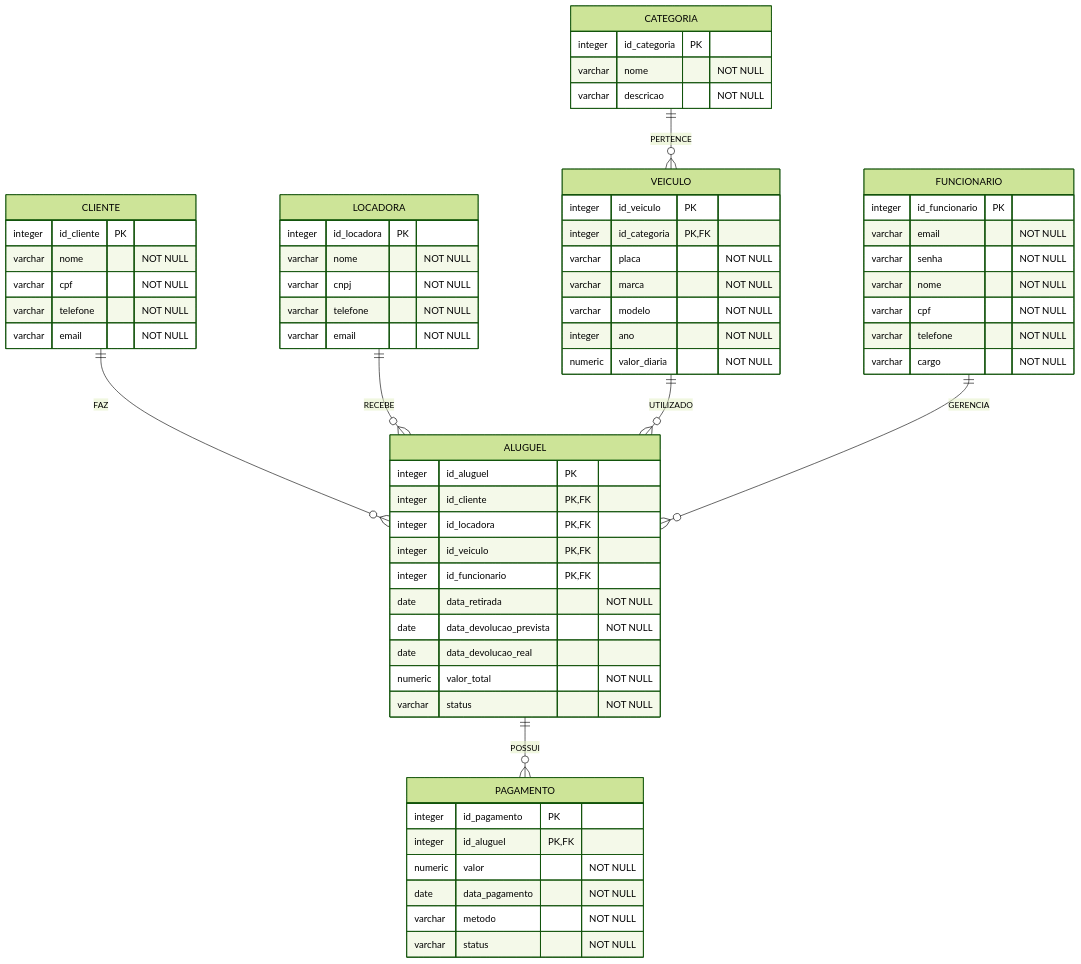
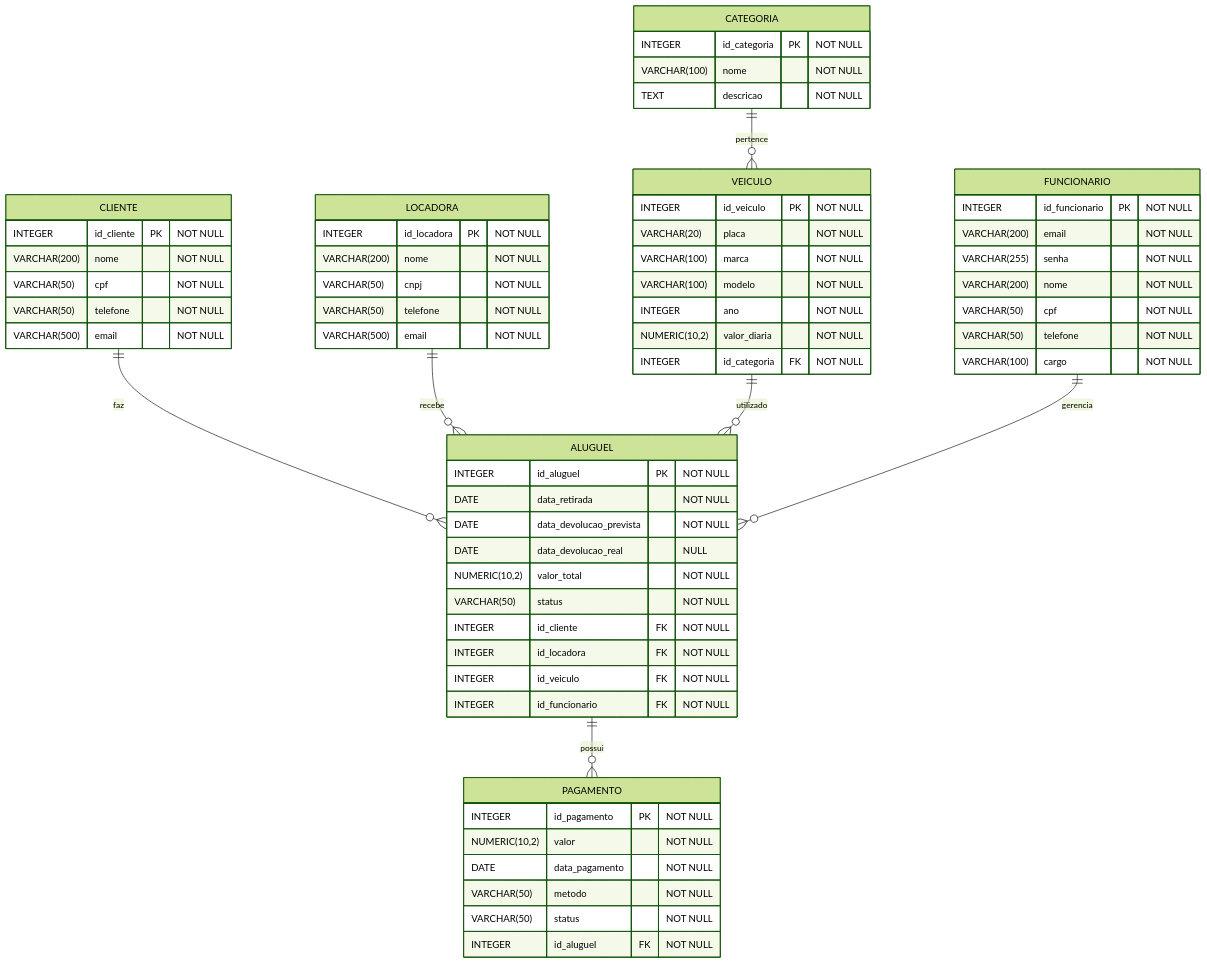
One commit to natyylimaf/sistema-locacao-veiculos changed the diagram in diagrams/diagrama-relacional-locacao.mmd. Above: the diagram before and after it, drawn with Mermaid (forest theme). The commit also changed 1 other file, not shown here.

```diff
--- a/diagrams/diagrama-relacional-locacao.mmd
+++ b/diagrams/diagrama-relacional-locacao.mmd
@@ -1,71 +1,71 @@
 erDiagram
-    CLIENTE ||--o{ ALUGUEL : FAZ
-    LOCADORA ||--o{ ALUGUEL : RECEBE
-    VEICULO ||--o{ ALUGUEL : UTILIZADO
-    CATEGORIA ||--o{ VEICULO : PERTENCE
-    FUNCIONARIO ||--o{ ALUGUEL : GERENCIA
-    ALUGUEL ||--o{ PAGAMENTO : POSSUI
+    CLIENTE ||--o{ ALUGUEL : faz
+    LOCADORA ||--o{ ALUGUEL : recebe
+    VEICULO ||--o{ ALUGUEL : utilizado
+    CATEGORIA ||--o{ VEICULO : pertence
+    FUNCIONARIO ||--o{ ALUGUEL : gerencia
+    ALUGUEL ||--o{ PAGAMENTO : possui
 
     CLIENTE {
-        integer id_cliente PK
-        varchar nome "NOT NULL"
-        varchar cpf "NOT NULL"
-        varchar telefone "NOT NULL"
-        varchar email "NOT NULL"
+        INTEGER id_cliente PK "NOT NULL"
+        VARCHAR(200) nome "NOT NULL"
+        VARCHAR(50) cpf "NOT NULL"
+        VARCHAR(50) telefone "NOT NULL"
+        VARCHAR(500) email "NOT NULL"
     }
 
     LOCADORA {
-        integer id_locadora PK
-        varchar nome "NOT NULL"
-        varchar cnpj "NOT NULL"
-        varchar telefone "NOT NULL"
-        varchar email "NOT NULL" 
+        INTEGER id_locadora PK "NOT NULL"
+        VARCHAR(200) nome "NOT NULL"
+        VARCHAR(50) cnpj "NOT NULL"
+        VARCHAR(50) telefone "NOT NULL"
+        VARCHAR(500) email "NOT NULL" 
     }
 
     ALUGUEL {
-        integer id_aluguel PK
-        integer id_cliente PK, FK
-        integer id_locadora PK,FK
-        integer id_veiculo PK, FK
-        integer id_funcionario PK, FK
-        date data_retirada "NOT NULL"
-        date data_devolucao_prevista "NOT NULL"
-        date data_devolucao_real
-        numeric valor_total "NOT NULL"
-        varchar status "NOT NULL"
+        INTEGER id_aluguel PK "NOT NULL"
+        DATE data_retirada "NOT NULL"
+        DATE data_devolucao_prevista "NOT NULL"
+        DATE data_devolucao_real "NULL"
+        NUMERIC(10,2) valor_total "NOT NULL"
+        VARCHAR(50) status "NOT NULL"
+        INTEGER id_cliente FK "NOT NULL"
+        INTEGER id_locadora FK "NOT NULL"
+        INTEGER id_veiculo FK "NOT NULL"
+        INTEGER id_funcionario FK "NOT NULL"
     }
 
     VEICULO {
-        integer id_veiculo PK
-        integer id_categoria PK, FK
-        varchar placa "NOT NULL"
-        varchar marca "NOT NULL"
-        varchar modelo "NOT NULL"
-        integer ano "NOT NULL"
-        numeric valor_diaria "NOT NULL"
+        INTEGER id_veiculo PK "NOT NULL"
+        VARCHAR(20) placa "NOT NULL"
+        VARCHAR(100) marca "NOT NULL"
+        VARCHAR(100) modelo "NOT NULL"
+        INTEGER ano "NOT NULL"
+        NUMERIC(10,2) valor_diaria "NOT NULL"
+        INTEGER id_categoria FK "NOT NULL"
     }
 
     CATEGORIA {
-        integer id_categoria PK
-        varchar nome "NOT NULL"
-        varchar descricao "NOT NULL"
+        INTEGER id_categoria PK "NOT NULL"
+        VARCHAR(100) nome "NOT NULL"
+        TEXT descricao "NOT NULL"
     }
 
     FUNCIONARIO {
-        integer id_funcionario PK
-        varchar email "NOT NULL"
-        varchar senha "NOT NULL"
-        varchar nome "NOT NULL"
-        varchar cpf "NOT NULL"
-        varchar telefone "NOT NULL"
-        varchar cargo "NOT NULL"
+        INTEGER id_funcionario PK "NOT NULL"
+        VARCHAR(200) email "NOT NULL"
+        VARCHAR(255) senha "NOT NULL"
+        VARCHAR(200) nome "NOT NULL"
+        VARCHAR(50) cpf "NOT NULL"
+        VARCHAR(50) telefone "NOT NULL"
+        VARCHAR(100) cargo "NOT NULL"
     }
 
     PAGAMENTO {
-        integer id_pagamento PK
-        integer id_aluguel PK, FK
-        numeric valor "NOT NULL"
-        date data_pagamento "NOT NULL"
-        varchar metodo "NOT NULL"
-        varchar status "NOT NULL"
+        INTEGER id_pagamento PK "NOT NULL"
+        NUMERIC(10,2) valor "NOT NULL"
+        DATE data_pagamento "NOT NULL"
+        VARCHAR(50) metodo "NOT NULL"
+        VARCHAR(50) status "NOT NULL"
+        INTEGER id_aluguel FK "NOT NULL"
     }
```
